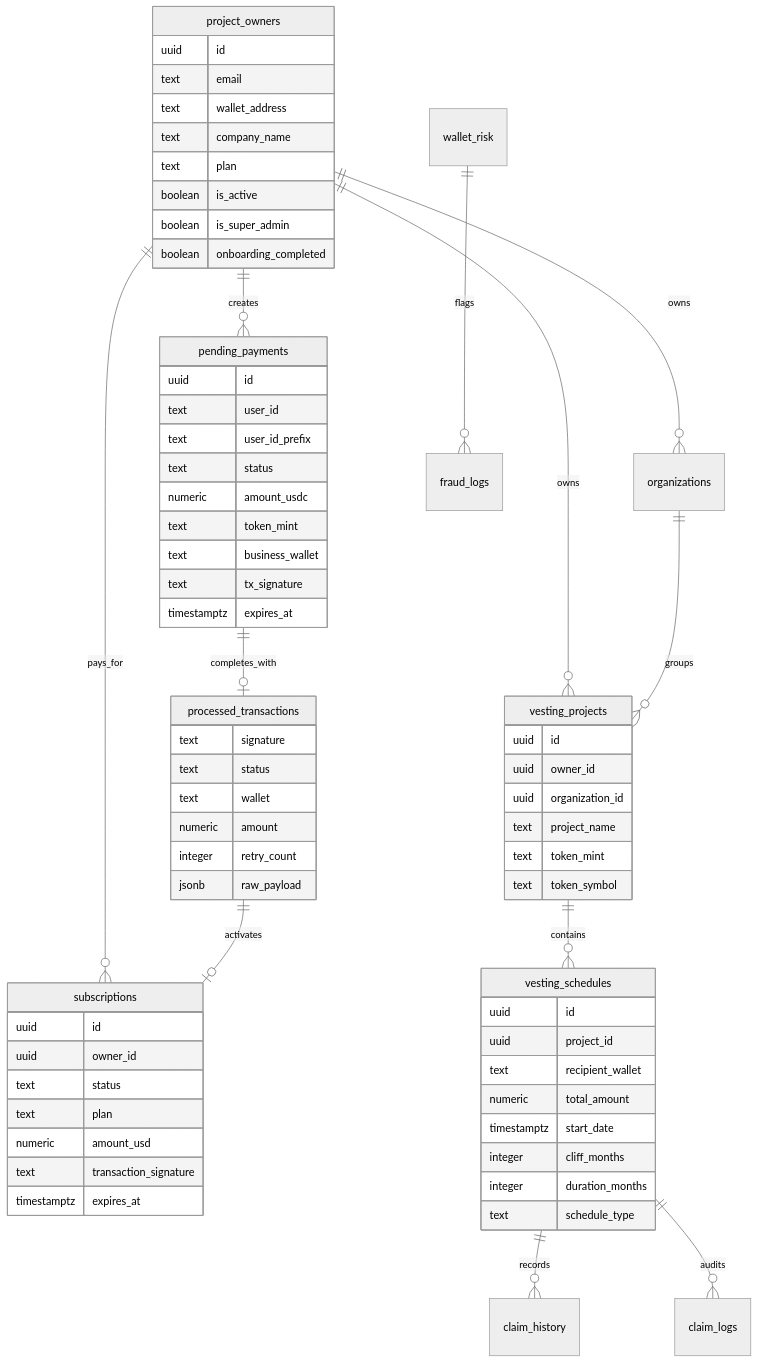
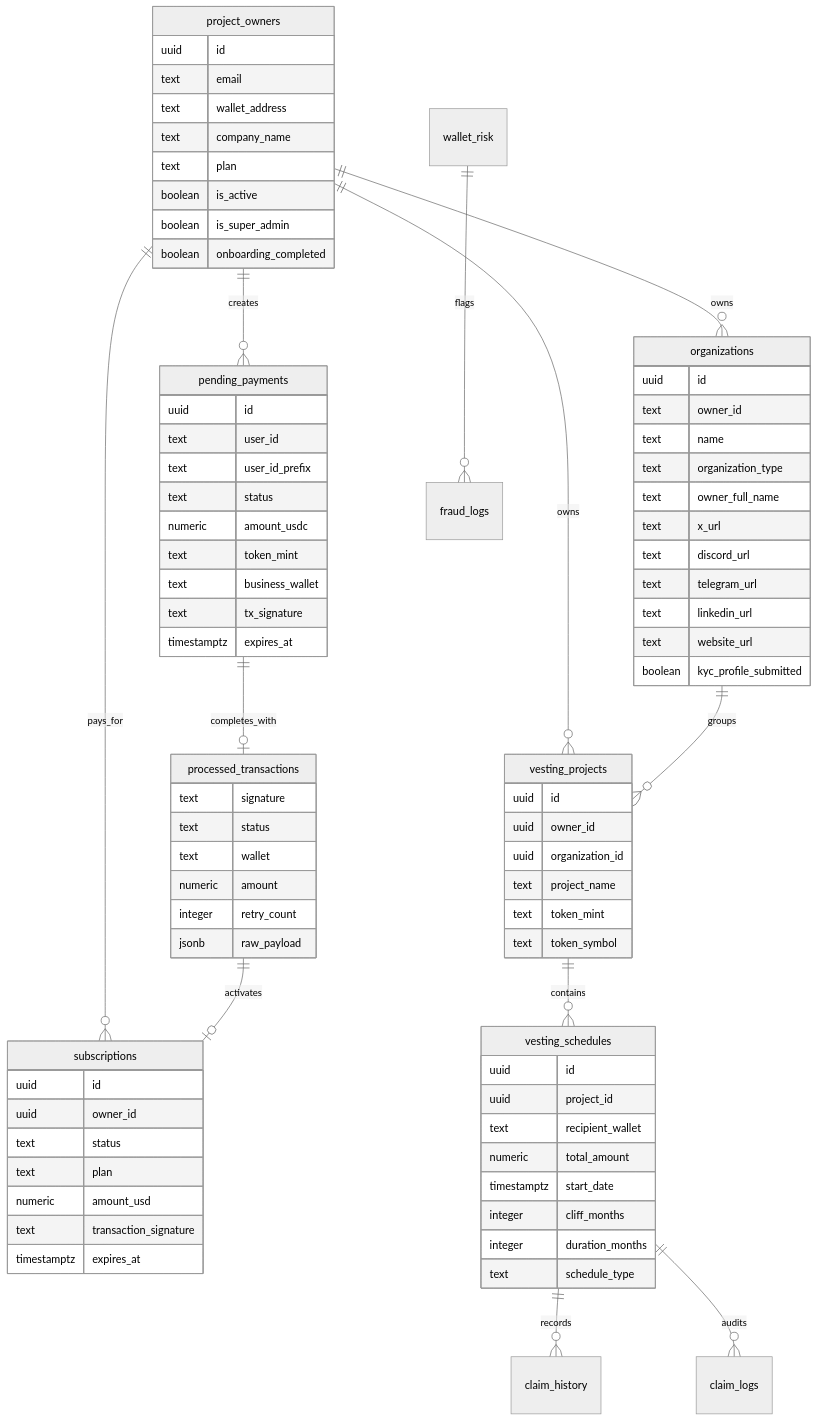
One commit to TheGodlike7/vestingapp changed the ninth of 10 diagrams in DESIGN_MAP.md. Above: the diagram before and after it, drawn with Mermaid (neutral theme). The commit also changed other lines of this file and 30 other files, not shown here.

```diff
--- a/DESIGN_MAP.md
+++ b/DESIGN_MAP.md
@@ -219,6 +221,20 @@
     boolean is_active
     boolean is_super_admin
     boolean onboarding_completed
+  }
+
+  organizations {
+    uuid id
+    text owner_id
+    text name
+    text organization_type
+    text owner_full_name
+    text x_url
+    text discord_url
+    text telegram_url
+    text linkedin_url
+    text website_url
+    boolean kyc_profile_submitted
   }
 
   pending_payments {
```
